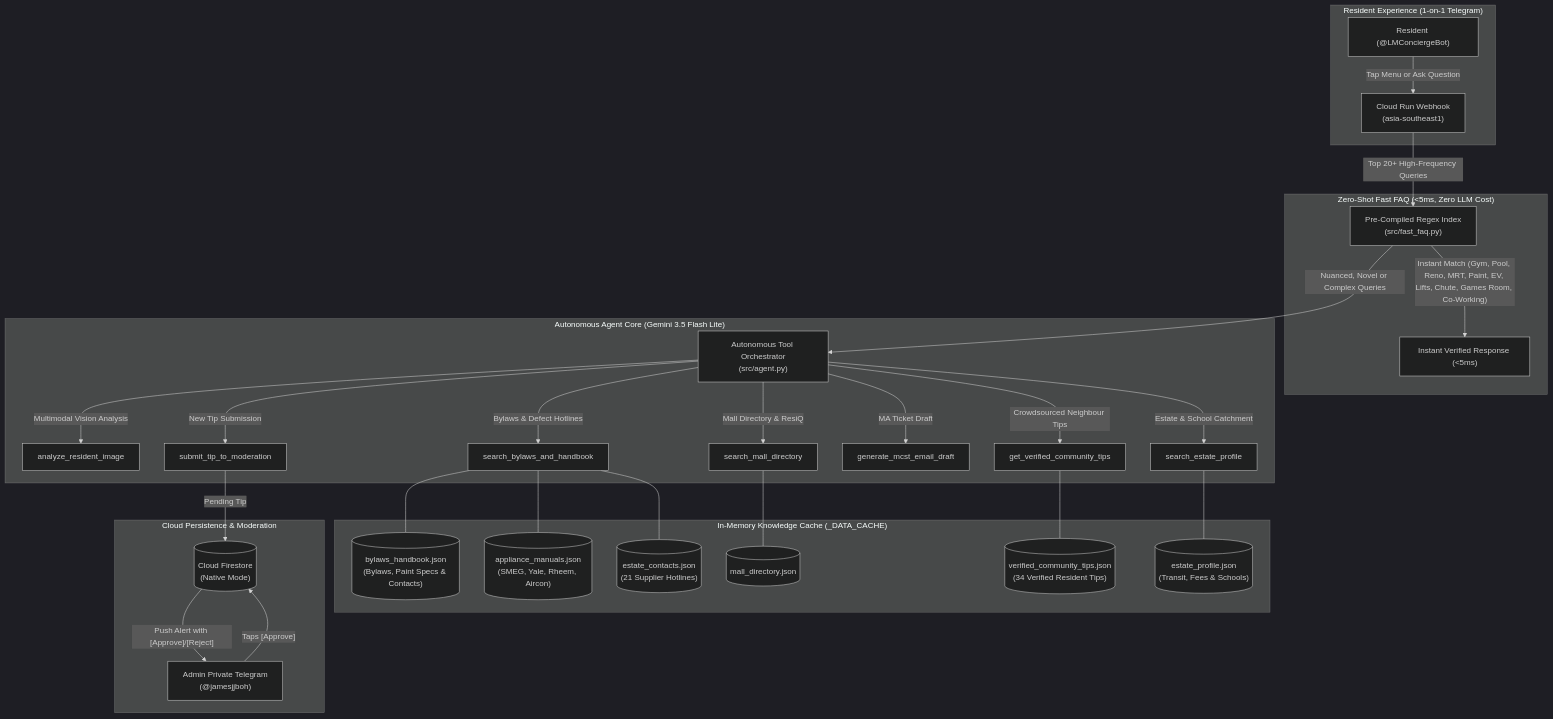
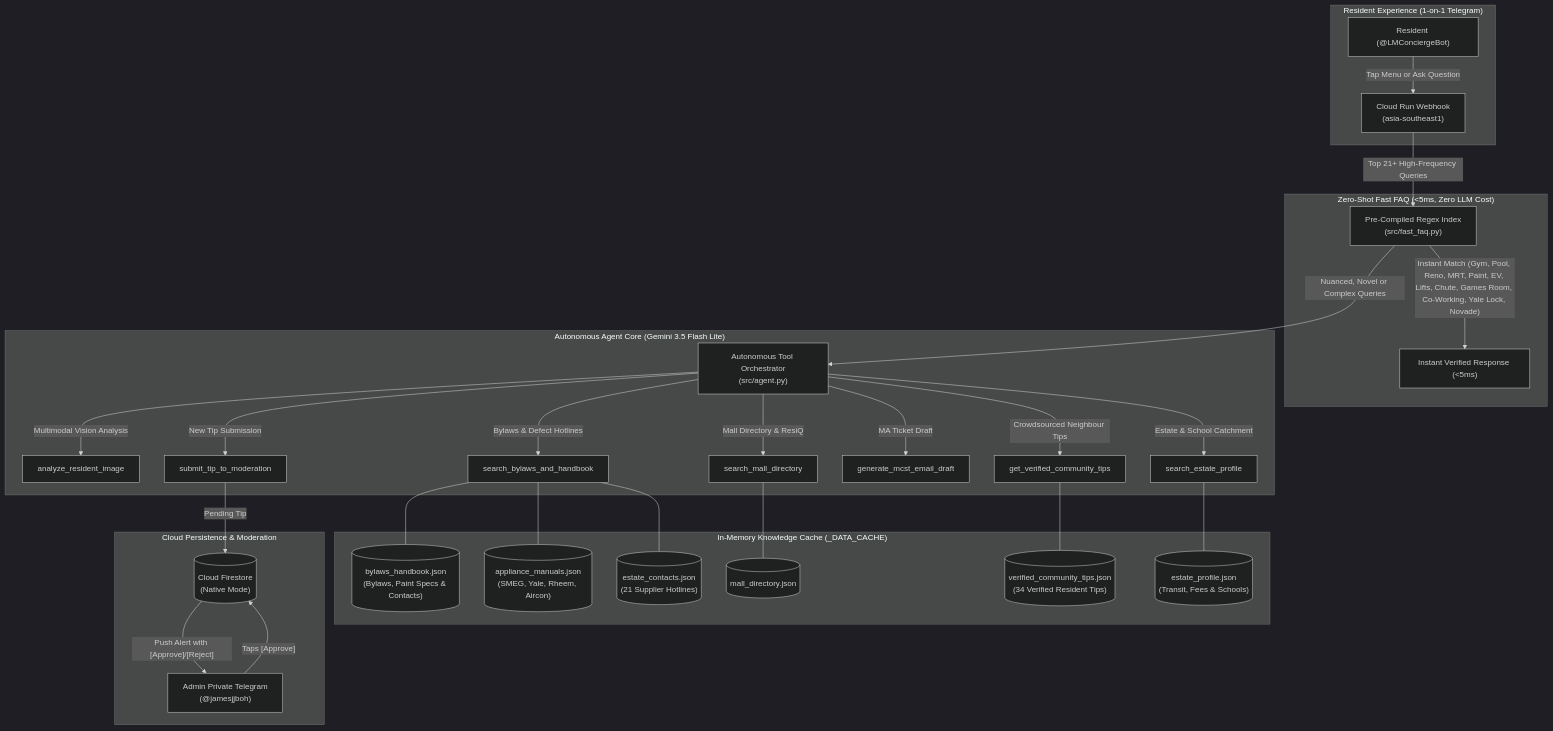
Before and after one commit to Jamesjjboh/Lentor-Modern-Concierge: the diagram in README.md, drawn with Mermaid (dark theme). The commit also changed 4 other files, not shown here.

Commit message:
feat(lock): add Yale digital lock manual, pin setup, and app links to Fast FAQ

````diff
--- a/README.md
+++ b/README.md
@@ -28,37 +28,37 @@
 ```mermaid
 flowchart TD
     subgraph ResidentExperience["Resident Experience (1-on-1 Telegram)"]
         User["Resident (@LMConciergeBot)"] -->|"Tap Menu or Ask Question"| Webhook["Cloud Run Webhook<br/>(asia-southeast1)"]
     end
 
     subgraph FastPath["Zero-Shot Fast FAQ (<5ms, Zero LLM Cost)"]
-        Webhook -->|"Top 20+ High-Frequency Queries"| FastFAQ["Pre-Compiled Regex Index<br/>(src/fast_faq.py)"]
-        FastFAQ -->|"Instant Match (Gym, Pool, Reno, MRT, Paint, EV, Lifts, Chute, Games Room, Co-Working)"| QuickReturn["Instant Verified Response (<5ms)"]
+        Webhook -->|"Top 21+ High-Frequency Queries"| FastFAQ["Pre-Compiled Regex Index<br/>(src/fast_faq.py)"]
+        FastFAQ -->|"Instant Match (Gym, Pool, Reno, MRT, Paint, EV, Lifts, Chute, Games Room, Co-Working, Yale Lock, Novade)"| QuickReturn["Instant Verified Response (<5ms)"]
     end
 
     subgraph AgentCore["Autonomous Agent Core (Gemini 3.5 Flash Lite)"]
         FastFAQ -->|"Nuanced, Novel or Complex Queries"| Agent["Autonomous Tool Orchestrator<br/>(src/agent.py)"]
         Agent -->|"Multimodal Vision Analysis"| Vision["analyze_resident_image"]
         Agent -->|"Bylaws & Defect Hotlines"| Tool1["search_bylaws_and_handbook"]
         Agent -->|"Mall Directory & ResiQ"| Tool2["search_mall_directory"]
         Agent -->|"Crowdsourced Neighbour Tips"| Tool3["get_verified_community_tips"]
         Agent -->|"MA Ticket Draft"| Tool4["generate_mcst_email_draft"]
         Agent -->|"New Tip Submission"| Tool5["submit_tip_to_moderation"]
         Agent -->|"Estate & School Catchment"| Tool7["search_estate_profile"]
     end
 
     subgraph KnowledgeData["In-Memory Knowledge Cache (_DATA_CACHE)"]
         Tool1 --- K1[("bylaws_handbook.json<br/>(Bylaws, Paint Specs & Contacts)")]
         Tool1 --- K4[("appliance_manuals.json<br/>(SMEG, Yale, Rheem, Aircon)")]
         Tool1 --- K5[("estate_contacts.json<br/>(21 Supplier Hotlines)")]
         Tool2 --- K2[("mall_directory.json")]
         Tool3 --- K3[("verified_community_tips.json<br/>(34 Verified Resident Tips)")]
         Tool7 --- K6[("estate_profile.json<br/>(Transit, Fees & Schools)")]
     end
 
     subgraph DatabaseLayer["Cloud Persistence & Moderation"]
         Tool5 -->|"Pending Tip"| Firestore[("Cloud Firestore<br/>(Native Mode)")]
         Firestore -->|"Push Alert with [Approve]/[Reject]"| Admin["Admin Private Telegram<br/>(@jamesjjboh)"]
         Admin -->|"Taps [Approve]"| Firestore
     end
 ```
````
